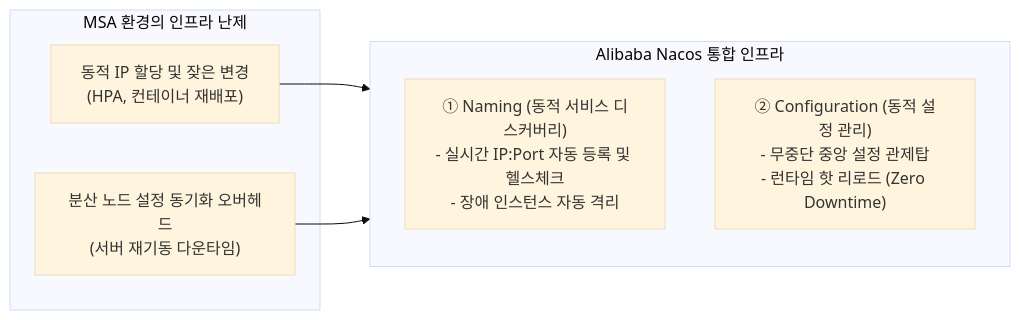
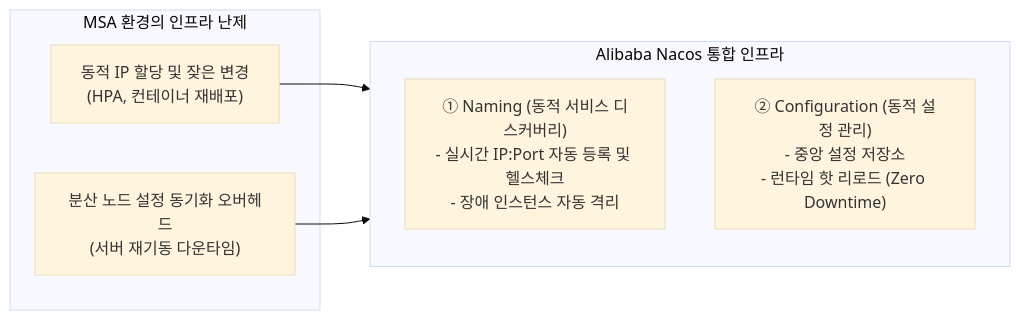
One commit to studylida/studylida.github.io changed the first of 7 diagrams in src/content/posts/nacos-architecture-and-internals.md. Above: the diagram before and after it, drawn with Mermaid (base theme). The commit also changed other lines of this file and 10 other files, not shown here.

````diff
--- a/src/content/posts/nacos-architecture-and-internals.md
+++ b/src/content/posts/nacos-architecture-and-internals.md
@@ -20,16 +20,16 @@
 ```mermaid
 flowchart LR
     subgraph Challenges ["MSA 환경의 인프라 난제"]
         C1["동적 IP 할당 및 잦은 변경<br/>(HPA, 컨테이너 재배포)"]
         C2["분산 노드 설정 동기화 오버헤드<br/>(서버 재기동 다운타임)"]
     end
 
     subgraph Nacos ["Alibaba Nacos 통합 인프라"]
         direction TB
         F1["① Naming (동적 서비스 디스커버리)<br/>- 실시간 IP:Port 자동 등록 및 헬스체크<br/>- 장애 인스턴스 자동 격리"]
-        F2["② Configuration (동적 설정 관리)<br/>- 무중단 중앙 설정 관제탑<br/>- 런타임 핫 리로드 (Zero Downtime)"]
+        F2["② Configuration (동적 설정 관리)<br/>- 중앙 설정 저장소<br/>- 런타임 핫 리로드 (Zero Downtime)"]
     end
 
     C1 --> F1
     C2 --> F2
 ```
````
